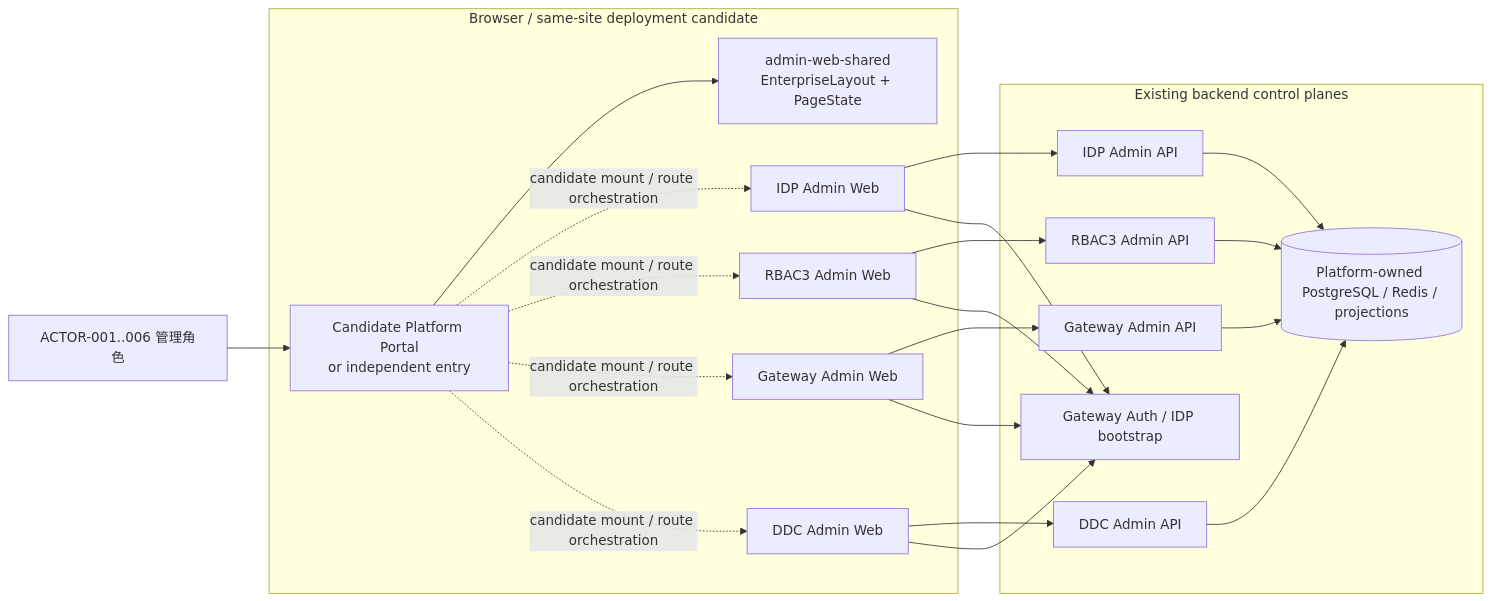
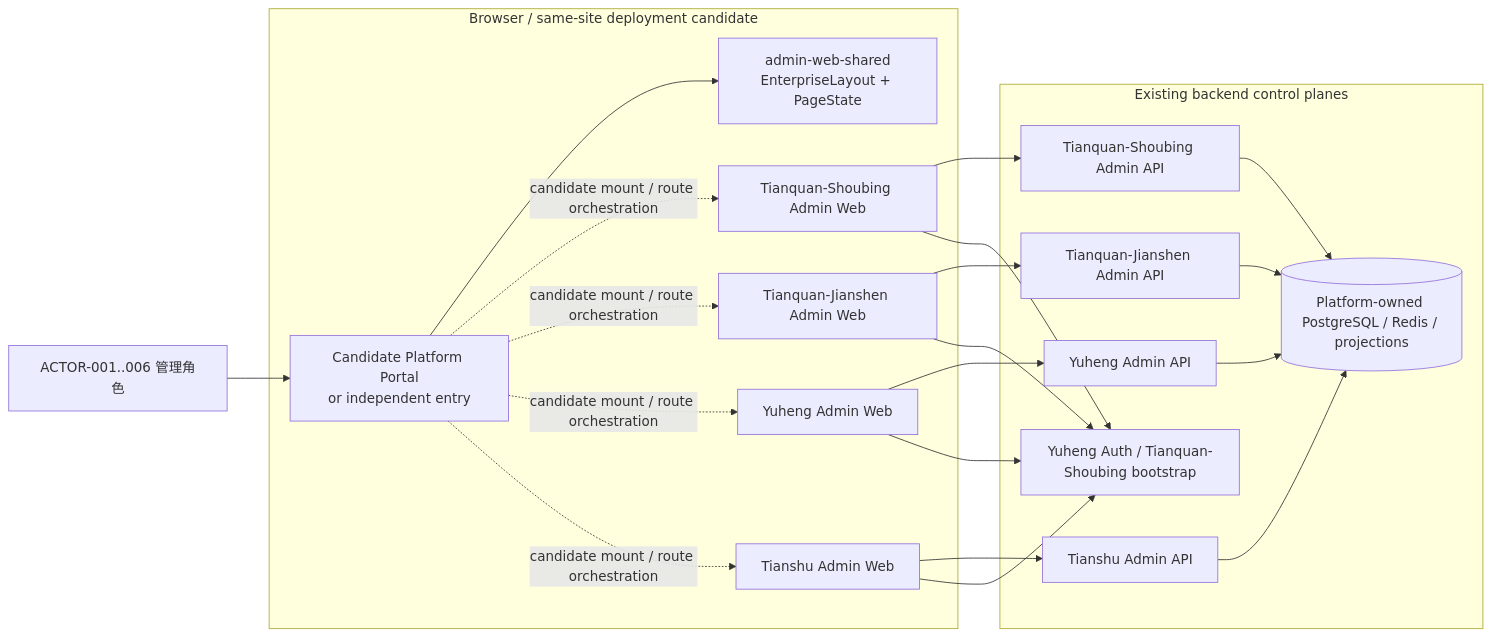
Before and after one commit to AllenDEricDAlexander/Egon-COLA: the second of 4 diagrams in docs/egon/spec/2026-08-27-08-09-platforms-web-enterprise-microfrontend.md, drawn with Mermaid. The commit also changed other lines of this file and 233 other files, not shown here.

````diff
--- a/docs/egon/spec/2026-08-27-08-09-platforms-web-enterprise-microfrontend.md
+++ b/docs/egon/spec/2026-08-27-08-09-platforms-web-enterprise-microfrontend.md
@@ -384,40 +384,40 @@
 ```mermaid
 flowchart LR
     User["ACTOR-001..006 管理角色"]
     subgraph Browser["Browser / same-site deployment candidate"]
         Host["Candidate Platform Portal\nor independent entry"]
         Shared["admin-web-shared\nEnterpriseLayout + PageState"]
-        IDPWeb["IDP Admin Web"]
-        RBACWeb["RBAC3 Admin Web"]
-        GWWeb["Gateway Admin Web"]
-        DDCWeb["DDC Admin Web"]
+        IDPWeb["Tianquan-Shoubing Admin Web"]
+        RBACWeb["Tianquan-Jianshen Admin Web"]
+        GWWeb["Yuheng Admin Web"]
+        DDCWeb["Tianshu Admin Web"]
     end
 
     subgraph ControlPlane["Existing backend control planes"]
-        IDPAPI["IDP Admin API"]
-        RBACAPI["RBAC3 Admin API"]
-        GWAPI["Gateway Admin API"]
-        DDCAPI["DDC Admin API"]
-        Auth["Gateway Auth / IDP bootstrap"]
+        IDPAPI["Tianquan-Shoubing Admin API"]
+        RBACAPI["Tianquan-Jianshen Admin API"]
+        GWAPI["Yuheng Admin API"]
+        DDCAPI["Tianshu Admin API"]
+        Auth["Yuheng Auth / Tianquan-Shoubing bootstrap"]
         Stores[("Platform-owned PostgreSQL / Redis / projections")]
     end
 
     User --> Host
     Host --> Shared
     Host -. "candidate mount / route orchestration" .-> IDPWeb
     Host -. "candidate mount / route orchestration" .-> RBACWeb
     Host -. "candidate mount / route orchestration" .-> GWWeb
     Host -. "candidate mount / route orchestration" .-> DDCWeb
     IDPWeb --> IDPAPI
     RBACWeb --> RBACAPI
     GWWeb --> GWAPI
     DDCWeb --> DDCAPI
     IDPWeb --> Auth
     RBACWeb --> Auth
     GWWeb --> Auth
     DDCWeb --> Auth
     IDPAPI --> Stores
     RBACAPI --> Stores
     GWAPI --> Stores
     DDCAPI --> Stores
 ```
````
